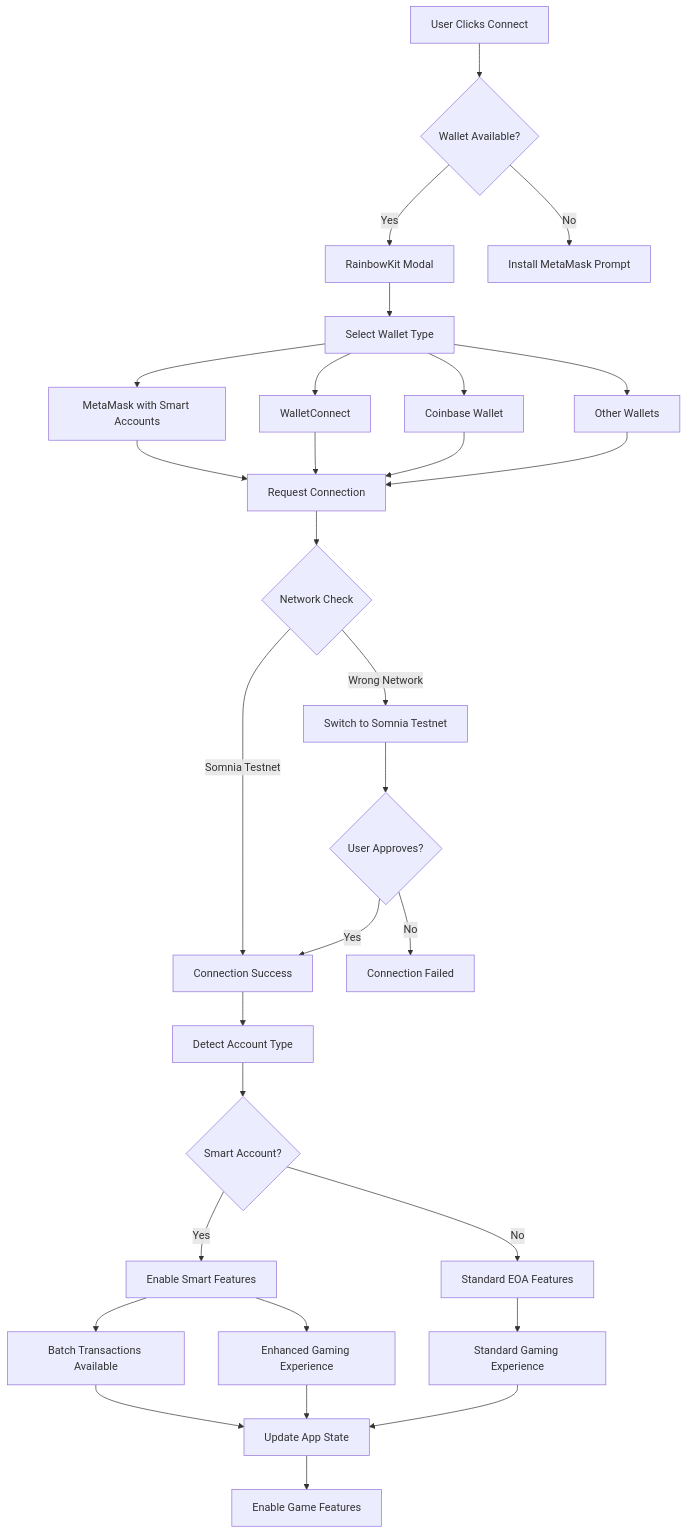
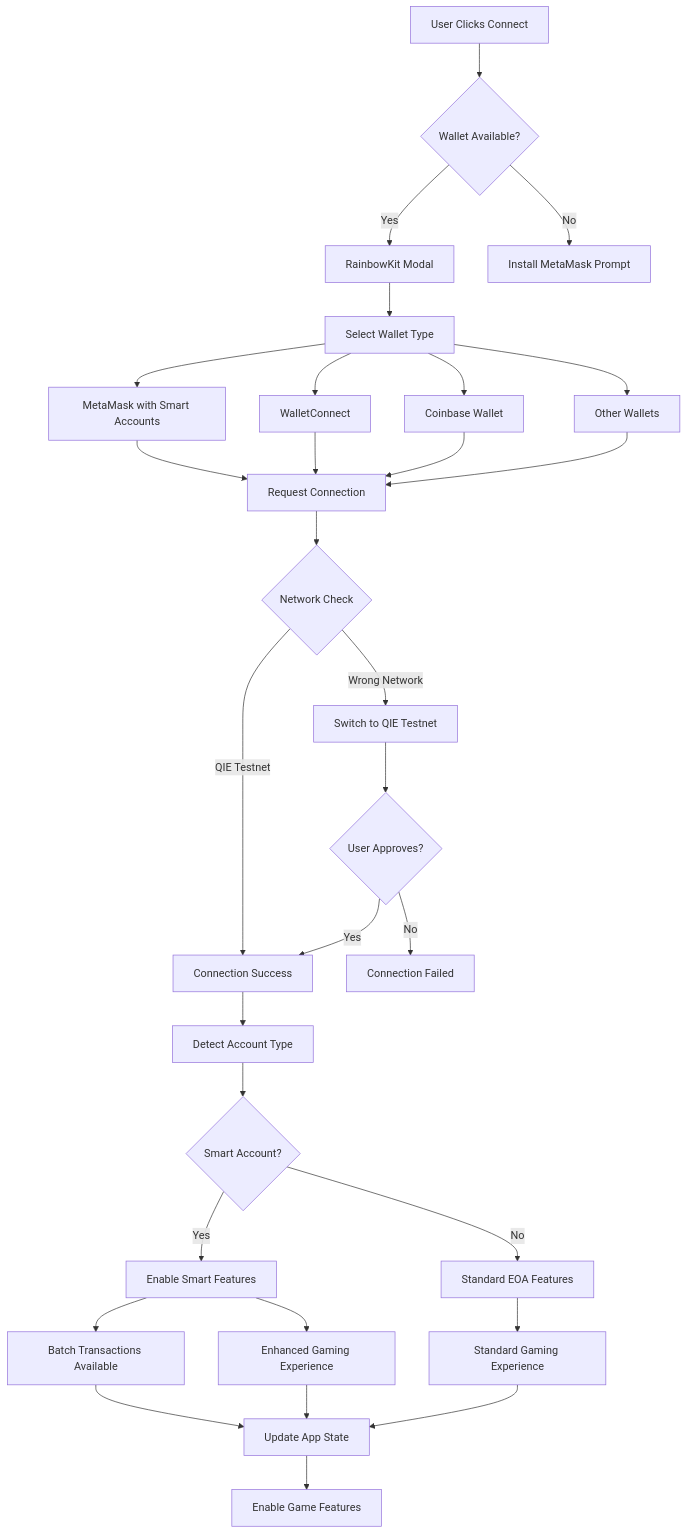
The second of 12 diagrams in README.md (AmaanSayyad/APT-Casino-QIE), drawn with Mermaid before and after one commit. The commit also changed other lines of this file, not shown here.

````diff
--- a/README.md
+++ b/README.md
@@ -239,39 +239,39 @@
 ```mermaid
 flowchart TD
     A[User Clicks Connect] --> B{Wallet Available?}
     B -->|Yes| C[RainbowKit Modal]
     B -->|No| D[Install MetaMask Prompt]
     
     C --> E[Select Wallet Type]
     E --> F[MetaMask with Smart Accounts]
     E --> G[WalletConnect]
     E --> H[Coinbase Wallet]
     E --> I[Other Wallets]
     
     F --> K[Request Connection]
     G --> K
     H --> K
     I --> K
     
     K --> L{Network Check}
-    L -->|Somnia Testnet| M[Connection Success]
-    L -->|Wrong Network| N[Switch to Somnia Testnet]
+    L -->|QIE Testnet| M[Connection Success]
+    L -->|Wrong Network| N[Switch to QIE Testnet]
     
     N --> O{User Approves?}
     O -->|Yes| M
     O -->|No| P[Connection Failed]
     
     M --> Q[Detect Account Type]
     Q --> R{Smart Account?}
     R -->|Yes| S[Enable Smart Features]
     R -->|No| T[Standard EOA Features]
     
     S --> U[Batch Transactions Available]
     S --> V[Enhanced Gaming Experience]
     T --> W[Standard Gaming Experience]
     
     U --> X[Update App State]
     V --> X
     W --> X
     X --> Y[Enable Game Features]
 ```
````
